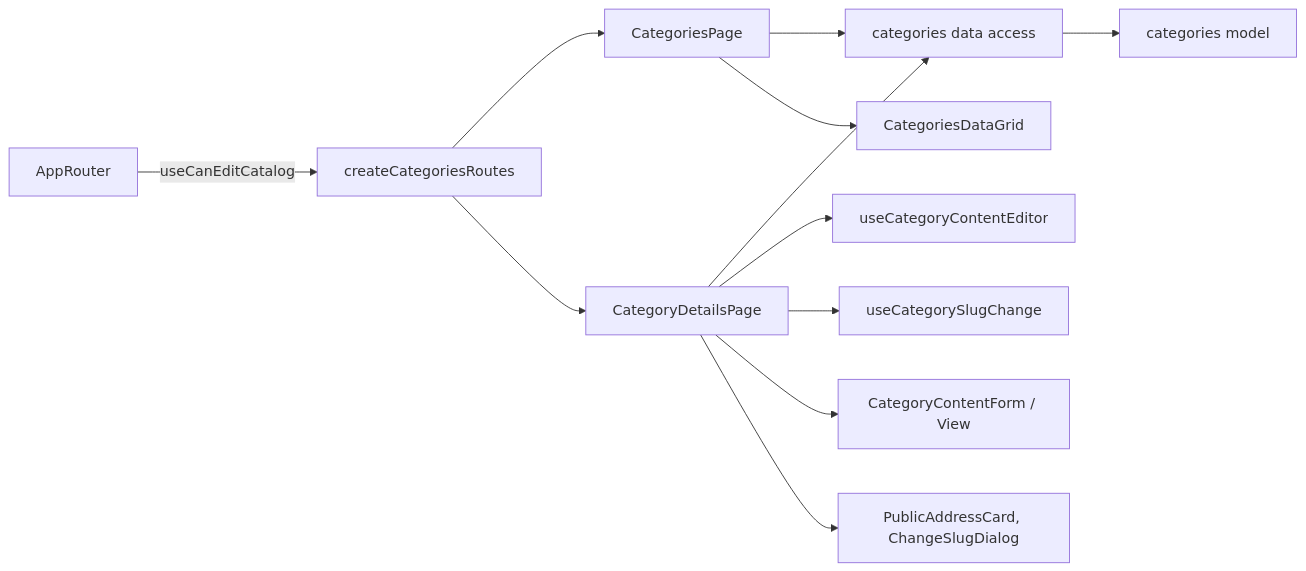
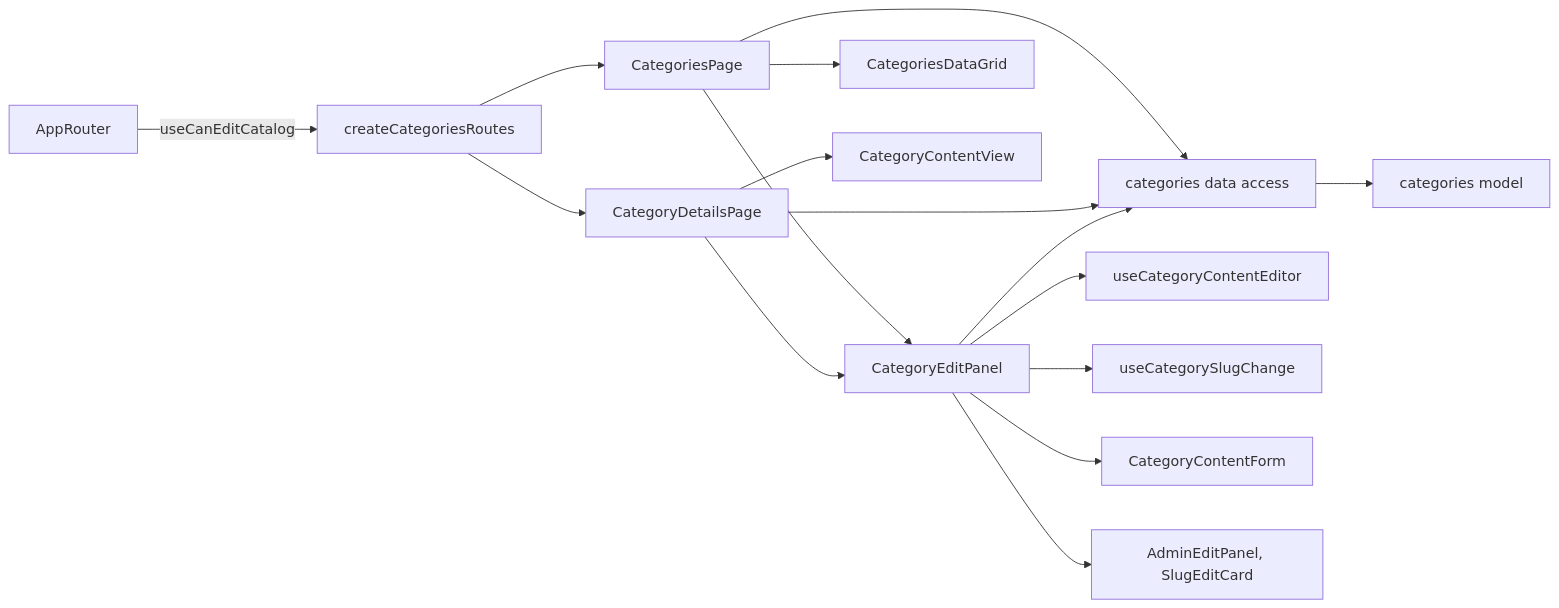
Before and after one commit to Weretik/kedr-web: the diagram in docs/features/admin/categories.md, drawn with Mermaid. The commit also changed other lines of this file and 30 other files, not shown here.

First line of the commit message:
feat(admin): edit products and categories in a right side panel

````diff
--- a/docs/features/admin/categories.md
+++ b/docs/features/admin/categories.md
@@ -12,14 +12,18 @@
 ```mermaid
 flowchart LR
     App[AppRouter] -->|useCanEditCatalog| Routes[createCategoriesRoutes]
     Routes --> List[CategoriesPage]
     Routes --> Detail[CategoryDetailsPage]
     List --> Api[categories data access]
     Detail --> Api
-    Detail --> Editor[useCategoryContentEditor]
-    Detail --> Slug[useCategorySlugChange]
+    List --> Panel[CategoryEditPanel]
+    Detail --> Panel
+    Panel --> Api
+    Panel --> Editor[useCategoryContentEditor]
+    Panel --> Slug[useCategorySlugChange]
     Api --> Model[categories model]
     List --> Grid[CategoriesDataGrid]
-    Detail --> Content[CategoryContentForm / View]
-    Detail --> Shared[PublicAddressCard, ChangeSlugDialog]
+    Panel --> Content[CategoryContentForm]
+    Detail --> View[CategoryContentView]
+    Panel --> Shared[AdminEditPanel, SlugEditCard]
 ```
````
